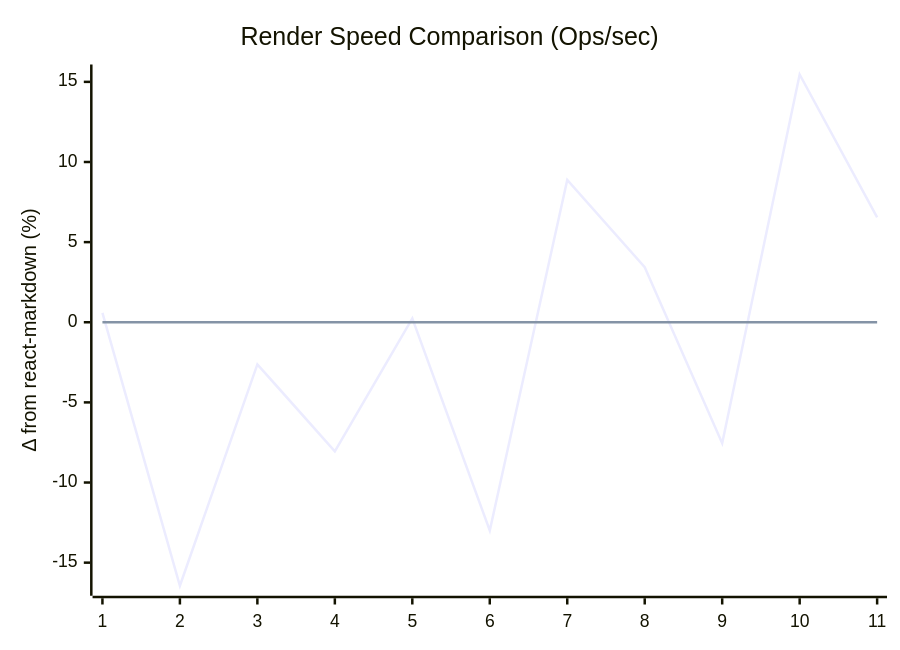
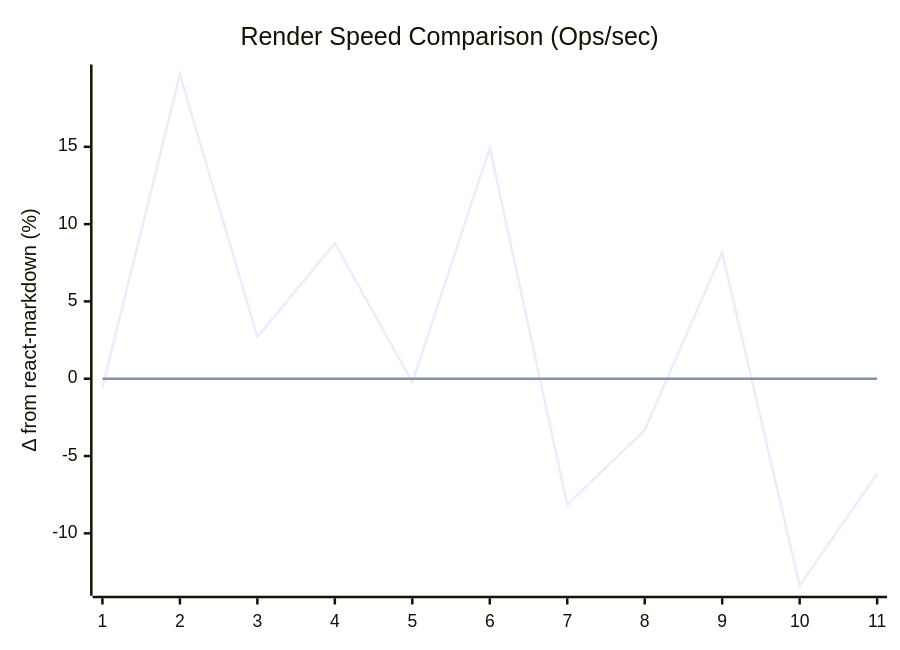
One commit to md2docx/react-markdown changed the second of 6 diagrams in benchmark-logs/benchmark_2025-07-16T03_03_26.000Z.md. Above: the diagram before and after it, drawn with Mermaid. The commit also changed other lines of this file and 2 other files, not shown here.

```diff
--- a/benchmark-logs/benchmark_2025-07-16T03_03_26.000Z.md
+++ b/benchmark-logs/benchmark_2025-07-16T03_03_26.000Z.md
@@ -25,8 +25,8 @@
 ~~~mermaid
 xychart-beta
     title "Render Speed Comparison (Ops/sec)"
     x-axis ["1", "2", "3", "4", "5", "6", "7", "8", "9", "10", "11"]
     y-axis "Δ from react-markdown (%)"
-    line [0.5807578335517227, -16.441268148352485, -2.6237319230794918, -8.057876106500123, 0.24218248156401764, -12.995047185029781, 8.883869465314156, 3.433230009012398, -7.544117445510754, 15.459631256278012, 6.547337258987279]  %% difference percent
+    line [-0.577404511619213, 19.676301667122917, 2.6944264499918247, 8.764074360337675, -0.2415973750457384, 14.935985555518666, -8.159031736233606, -3.3192717743739144, 8.159694372139704, -13.389641979683189, -6.14500317644964]  %% difference percent
     line [0, 0, 0, 0, 0, 0, 0, 0, 0, 0, 0]  %% Zero line
 ~~~
```
